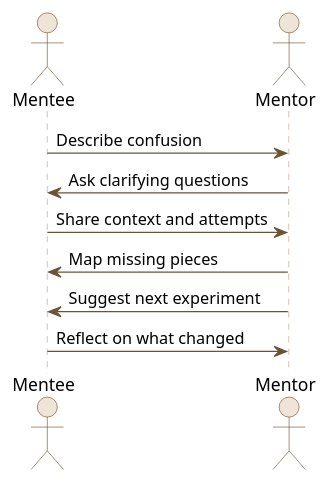
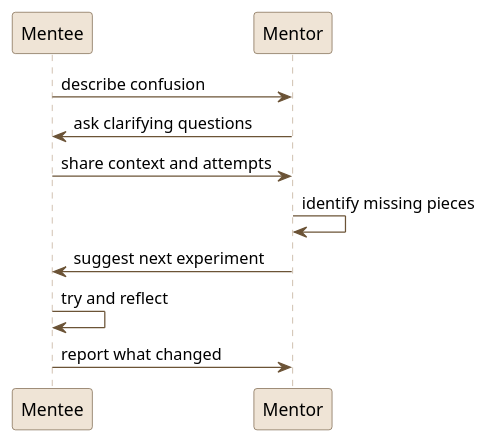
Before and after one commit to rafageist/rafageist.com: the diagram in diagrams/uml-sequence.plantuml, drawn with PlantUML. The commit also changed 6 other files, not shown here.

First line of the commit message:
Refactor mentoring content and update UML diagram

```diff
--- a/diagrams/uml-sequence.plantuml
+++ b/diagrams/uml-sequence.plantuml
@@ -1,20 +1,22 @@
 @startuml
-skinparam backgroundColor #ffffff
-skinparam ArrowColor #6b5336
-skinparam ActorBorderColor #6b5336
-skinparam ActorBackgroundColor #efe4d6
-skinparam ParticipantBorderColor #6b5336
-skinparam ParticipantBackgroundColor #efe4d6
-skinparam SequenceLifeLineBorderColor #b59d82
-skinparam SequenceLifeLineBackgroundColor #f5eadc
+    skinparam backgroundColor #ffffff
+    skinparam ArrowColor #6b5336
+    skinparam ActorBorderColor #6b5336
+    skinparam ActorBackgroundColor #efe4d6
+    skinparam ParticipantBorderColor #6b5336
+    skinparam ParticipantBackgroundColor #efe4d6
+    skinparam SequenceLifeLineBorderColor #b59d82
+    skinparam SequenceLifeLineBackgroundColor #f5eadc
 
-actor Mentee
-actor Mentor
+    participant Mentee
+    participant Mentor
 
-Mentee -> Mentor: Describe confusion
-Mentor -> Mentee: Ask clarifying questions
-Mentee -> Mentor: Share context and attempts
-Mentor -> Mentee: Map missing pieces
-Mentor -> Mentee: Suggest next experiment
-Mentee -> Mentor: Reflect on what changed
+    Mentee -> Mentor : describe confusion
+    Mentor -> Mentee : ask clarifying questions
+    Mentee -> Mentor : share context and attempts
+    Mentor -> Mentor : identify missing pieces
+    Mentor -> Mentee : suggest next experiment
+    Mentee -> Mentee : try and reflect
+    Mentee -> Mentor : report what changed
+
 @enduml
```
